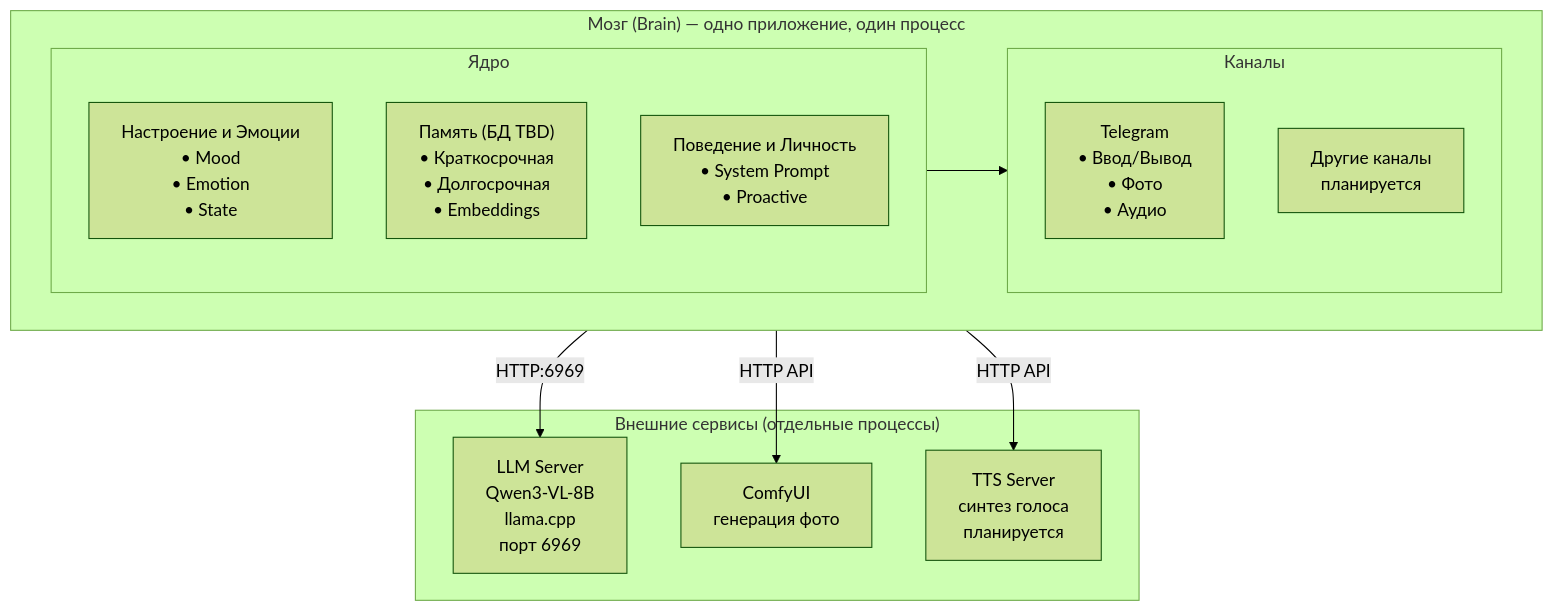
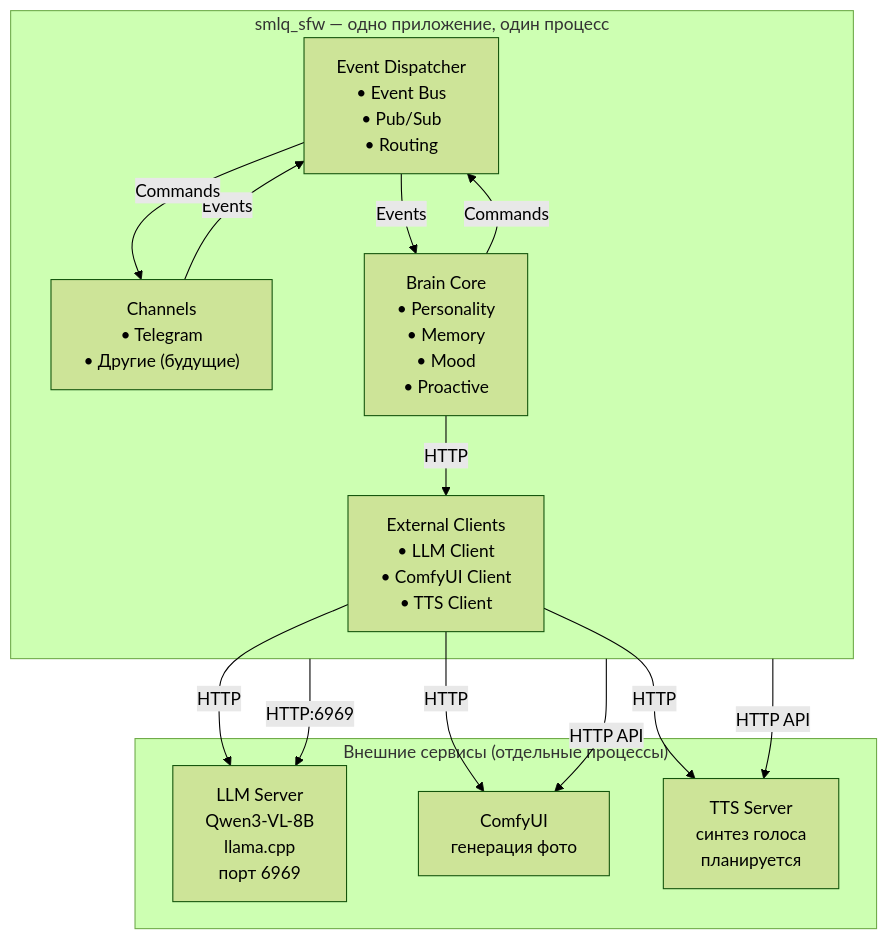
One commit to ai-warevo/smlq_sfw changed the first of 2 diagrams in docs/PROJECT_CONTEXT.md. Above: the diagram before and after it, drawn with Mermaid (forest theme). The commit also changed other lines of this file and 2 other files, not shown here.

````diff
--- a/docs/PROJECT_CONTEXT.md
+++ b/docs/PROJECT_CONTEXT.md
@@ -39,27 +41,28 @@
 ```mermaid
 graph TB
     subgraph ExternalServices["Внешние сервисы (отдельные процессы)"]
         LLM["LLM Server<br/>Qwen3-VL-8B<br/>llama.cpp<br/>порт 6969"]
         Comfy["ComfyUI<br/>генерация фото"]
         TTS["TTS Server<br/>синтез голоса<br/>планируется"]
     end
 
-    subgraph Brain["Мозг (Brain) — одно приложение, один процесс"]
-        subgraph Core["Ядро"]
-            Mood["Настроение и Эмоции<br/>• Mood<br/>• Emotion<br/>• State"]
-            Memory["Память (БД TBD)<br/>• Краткосрочная<br/>• Долгосрочная<br/>• Embeddings"]
-            Personality["Поведение и Личность<br/>• System Prompt<br/>• Proactive"]
-        end
+    subgraph SingleProcess["smlq_sfw — одно приложение, один процесс"]
+        Dispatcher["Event Dispatcher<br/>• Event Bus<br/>• Pub/Sub<br/>• Routing"]
+        Channels["Channels<br/>• Telegram<br/>• Другие (будущие)"]
+        Brain["Brain Core<br/>• Personality<br/>• Memory<br/>• Mood<br/>• Proactive"]
+        ExternalClients["External Clients<br/>• LLM Client<br/>• ComfyUI Client<br/>• TTS Client"]
 
-        subgraph Channels["Каналы"]
-            TG["Telegram<br/>• Ввод/Вывод<br/>• Фото<br/>• Аудио"]
-            Other["Другие каналы<br/>планируется"]
-        end
-
-        Core --> Channels
+        Channels -->|Events| Dispatcher
+        Dispatcher -->|Events| Brain
+        Brain -->|Commands| Dispatcher
+        Dispatcher -->|Commands| Channels
+        Brain -->|HTTP| ExternalClients
+        ExternalClients -->|HTTP| LLM
+        ExternalClients -->|HTTP| Comfy
+        ExternalClients -->|HTTP| TTS
     end
 
-    Brain -->|HTTP:6969| LLM
-    Brain -->|HTTP API| Comfy
-    Brain -->|HTTP API| TTS
+    SingleProcess -->|HTTP:6969| LLM
+    SingleProcess -->|HTTP API| Comfy
+    SingleProcess -->|HTTP API| TTS
 ```
````
